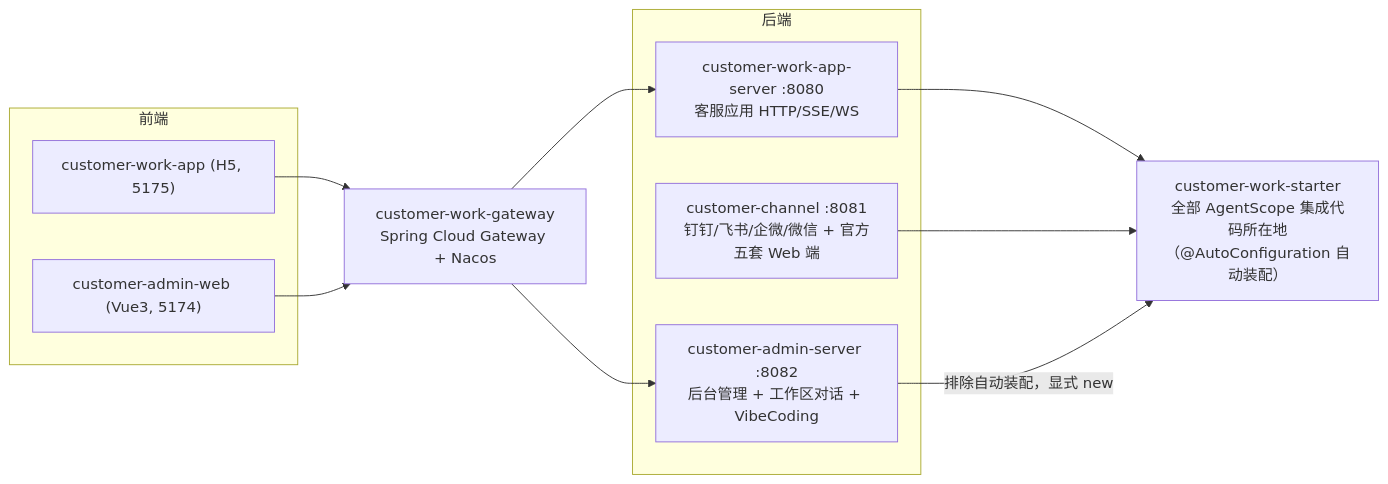
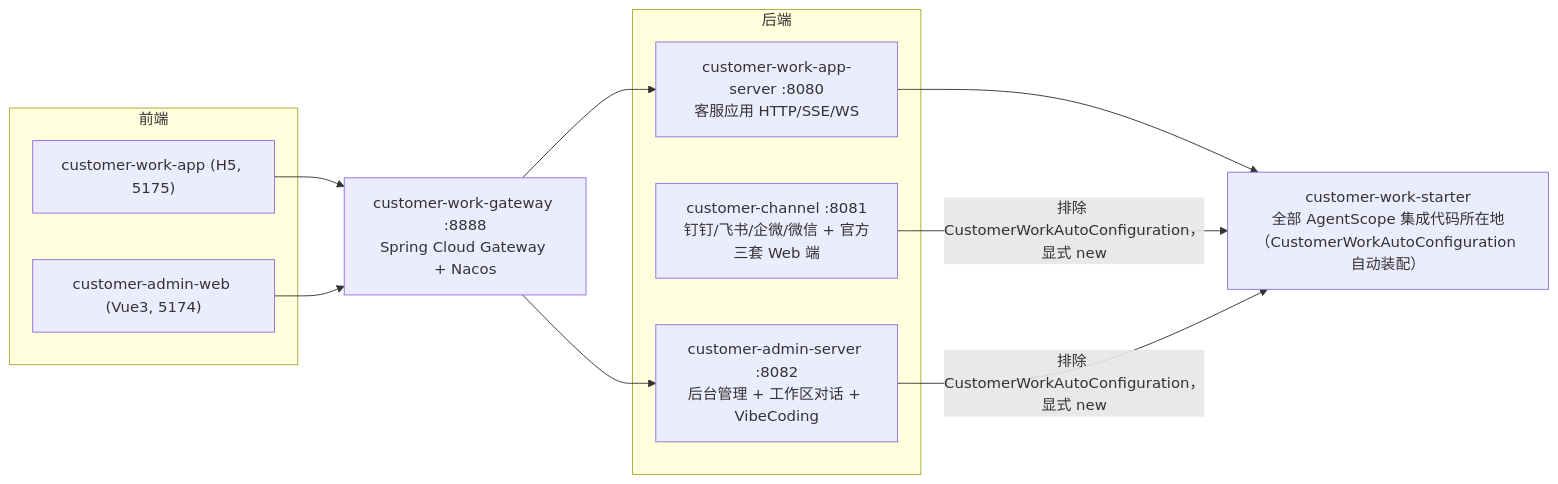
The first of 8 diagrams in 09-customer_work场景全景映射.md (liulangjietou/AgentScope-source-analysis), drawn with Mermaid before and after one commit. The commit also changed other lines of this file, not shown here.

Commit message:
docs(ch09): sync customer_work scene mapping to customer_work 17007e4a

````diff
--- a/09-customer_work场景全景映射.md
+++ b/09-customer_work场景全景映射.md
@@ -9,19 +9,19 @@
 ```mermaid
 flowchart LR
     subgraph FRONT["前端"]
         H5["customer-work-app (H5, 5175)"]
         ADMIN_W["customer-admin-web (Vue3, 5174)"]
     end
-    GW["customer-work-gateway<br/>Spring Cloud Gateway + Nacos"]
+    GW["customer-work-gateway :8888<br/>Spring Cloud Gateway + Nacos"]
     subgraph BACK["后端"]
         APP["customer-work-app-server :8080<br/>客服应用 HTTP/SSE/WS"]
-        CH["customer-channel :8081<br/>钉钉/飞书/企微/微信 + 官方五套 Web 端"]
+        CH["customer-channel :8081<br/>钉钉/飞书/企微/微信 + 官方三套 Web 端"]
         ADM["customer-admin-server :8082<br/>后台管理 + 工作区对话 + VibeCoding"]
     end
-    STARTER["customer-work-starter<br/>全部 AgentScope 集成代码所在地<br/>（@AutoConfiguration 自动装配）"]
+    STARTER["customer-work-starter<br/>全部 AgentScope 集成代码所在地<br/>（CustomerWorkAutoConfiguration 自动装配）"]
     H5 --> GW --> APP
     ADMIN_W --> GW --> ADM
     APP --> STARTER
-    CH --> STARTER
-    ADM -->|"排除自动装配，显式 new"| STARTER
+    CH -->|"排除 CustomerWorkAutoConfiguration，显式 new"| STARTER
+    ADM -->|"排除 CustomerWorkAutoConfiguration，显式 new"| STARTER
 ```
````
